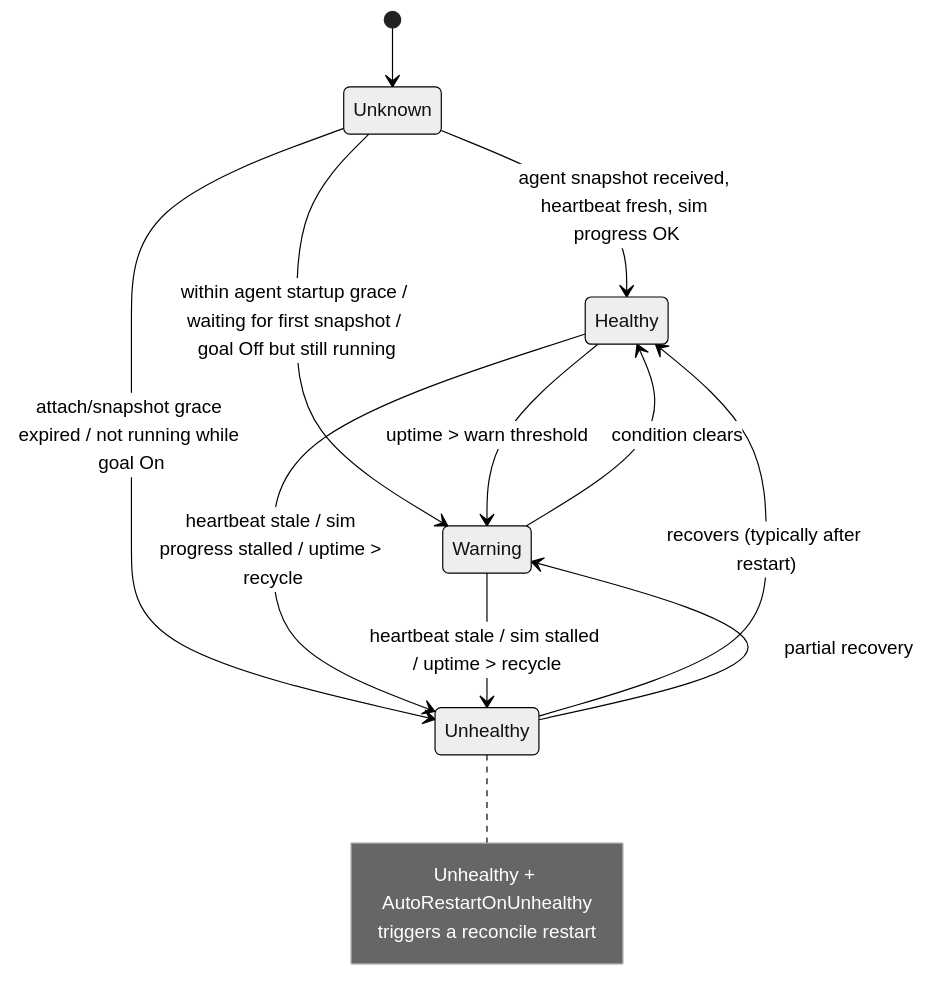
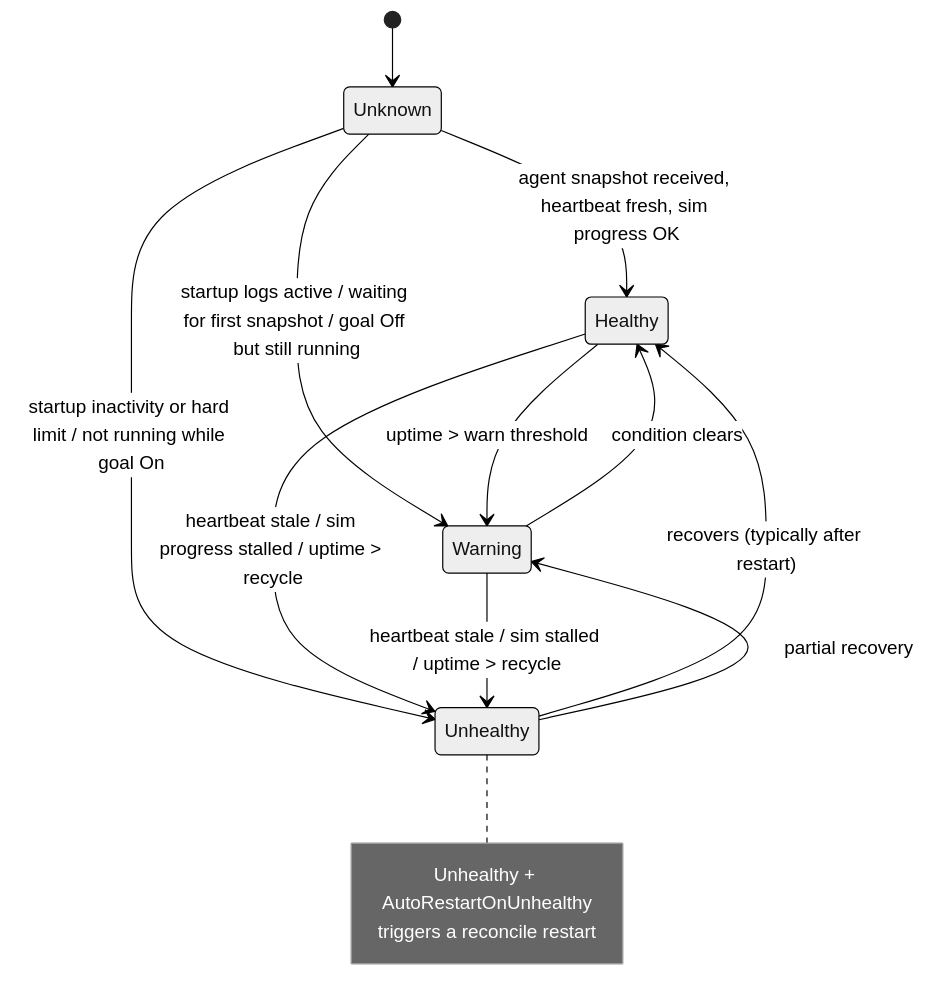
Before and after one commit to CometWorks/quasar: the third of 3 diagrams in Docs/StateMachines/DedicatedServerLifecycle.md, drawn with Mermaid (neutral theme). The commit also changed other lines of this file and 13 other files, not shown here.

First line of the commit message:
feat(health): add activity-aware agent startup timeouts (#157)

````diff
--- a/Docs/StateMachines/DedicatedServerLifecycle.md
+++ b/Docs/StateMachines/DedicatedServerLifecycle.md
@@ -179,17 +181,17 @@
 ```mermaid
 stateDiagram-v2
     [*] --> Unknown
     Unknown --> Healthy: agent snapshot received, heartbeat fresh, sim progress OK
-    Unknown --> Warning: within agent startup grace / waiting for first snapshot / goal Off but still running
-    Unknown --> Unhealthy: attach/snapshot grace expired / not running while goal On
+    Unknown --> Warning: startup logs active / waiting for first snapshot / goal Off but still running
+    Unknown --> Unhealthy: startup inactivity or hard limit / not running while goal On
     Healthy --> Warning: uptime > warn threshold
     Healthy --> Unhealthy: heartbeat stale / sim progress stalled / uptime > recycle
     Warning --> Healthy: condition clears
     Warning --> Unhealthy: heartbeat stale / sim stalled / uptime > recycle
     Unhealthy --> Healthy: recovers (typically after restart)
     Unhealthy --> Warning: partial recovery
     note right of Unhealthy
         Unhealthy + AutoRestartOnUnhealthy
         triggers a reconcile restart
     end note
 ```
````
